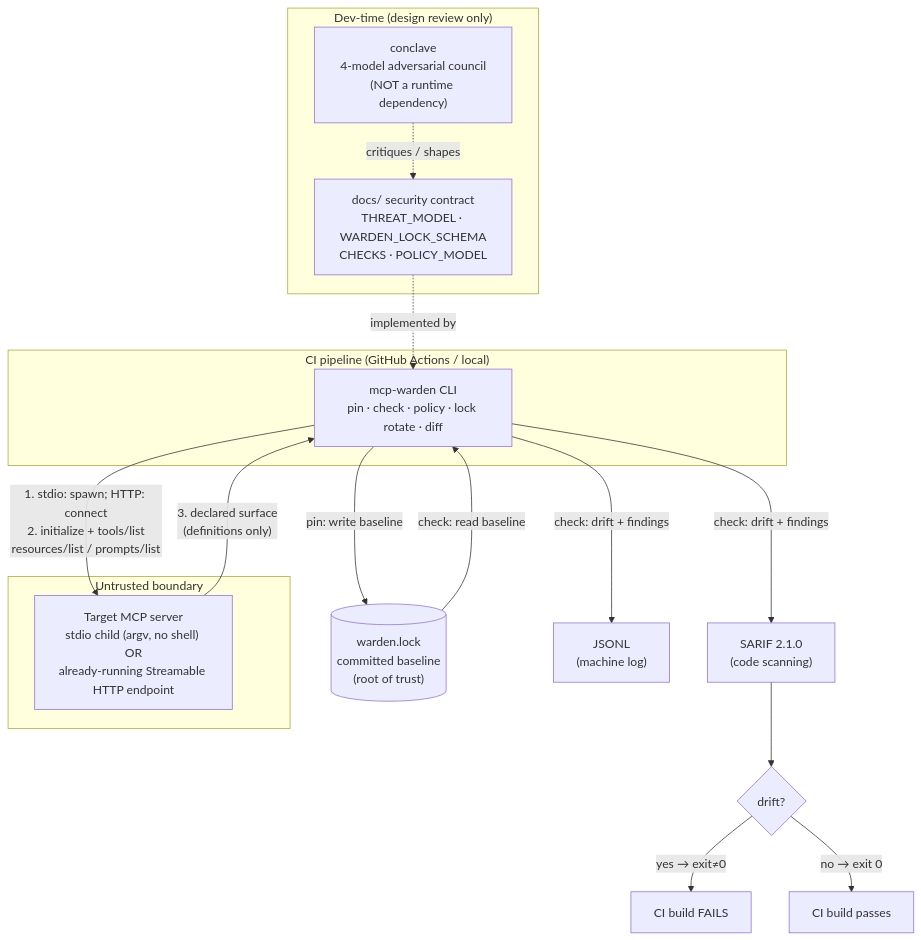
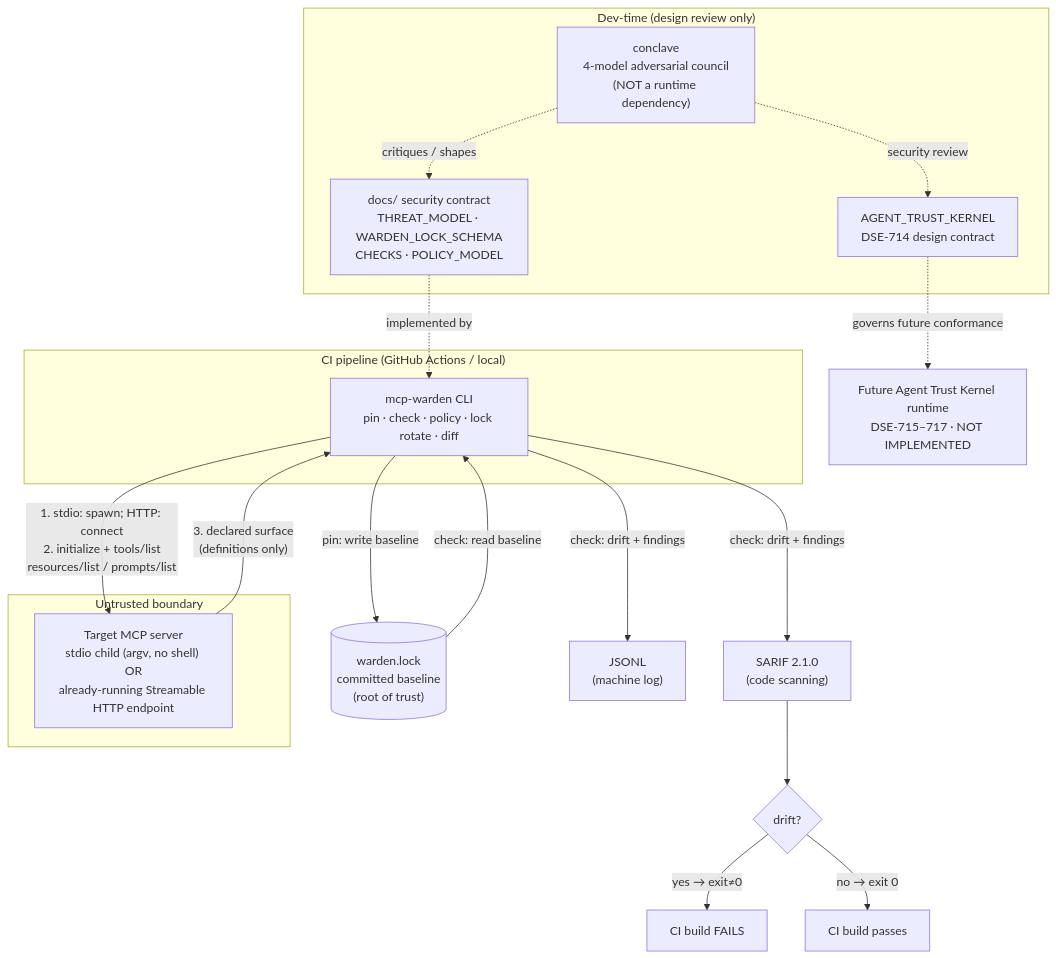
One commit to DataScience-EngineeringExperts/mcp-warden changed the first of 3 diagrams in SYSTEM_CONTEXT_DIAGRAM.md. Above: the diagram before and after it, drawn with Mermaid. The commit also changed other lines of this file and 5 other files, not shown here.

First line of the commit message:
docs: define Agent Trust Kernel contract (DSE-714) (#85)

````diff
--- a/SYSTEM_CONTEXT_DIAGRAM.md
+++ b/SYSTEM_CONTEXT_DIAGRAM.md
@@ -51,34 +58,39 @@
 ```mermaid
 flowchart TB
     subgraph dev["Dev-time (design review only)"]
         conclave["conclave\n4-model adversarial council\n(NOT a runtime dependency)"]
         specs["docs/ security contract\nTHREAT_MODEL · WARDEN_LOCK_SCHEMA\nCHECKS · POLICY_MODEL"]
+        atk["AGENT_TRUST_KERNEL\nDSE-714 design contract"]
         conclave -. "critiques / shapes" .-> specs
+        conclave -. "security review" .-> atk
     end
+
+    future["Future Agent Trust Kernel runtime\nDSE-715–717 · NOT IMPLEMENTED"]
+    atk -. "governs future conformance" .-> future
 
     subgraph ci["CI pipeline (GitHub Actions / local)"]
         warden["mcp-warden CLI\npin · check · policy · lock rotate · diff"]
     end
 
     subgraph target["Untrusted boundary"]
         server["Target MCP server\nstdio child (argv, no shell) OR\nalready-running Streamable HTTP endpoint"]
     end
 
     repo[("warden.lock\ncommitted baseline\n(root of trust)")]
     sarif["SARIF 2.1.0\n(code scanning)"]
     jsonl["JSONL\n(machine log)"]
 
     specs -. "implemented by" .-> warden
 
     warden -- "1. stdio: spawn; HTTP: connect\n2. initialize + tools/list\nresources/list / prompts/list" --> server
     server -- "3. declared surface\n(definitions only)" --> warden
 
     warden -- "pin: write baseline" --> repo
     repo -- "check: read baseline" --> warden
     warden -- "check: drift + findings" --> sarif
     warden -- "check: drift + findings" --> jsonl
 
     sarif --> gate{"drift?"}
     gate -- "yes → exit≠0" --> failci["CI build FAILS"]
     gate -- "no → exit 0" --> passci["CI build passes"]
 ```
````
